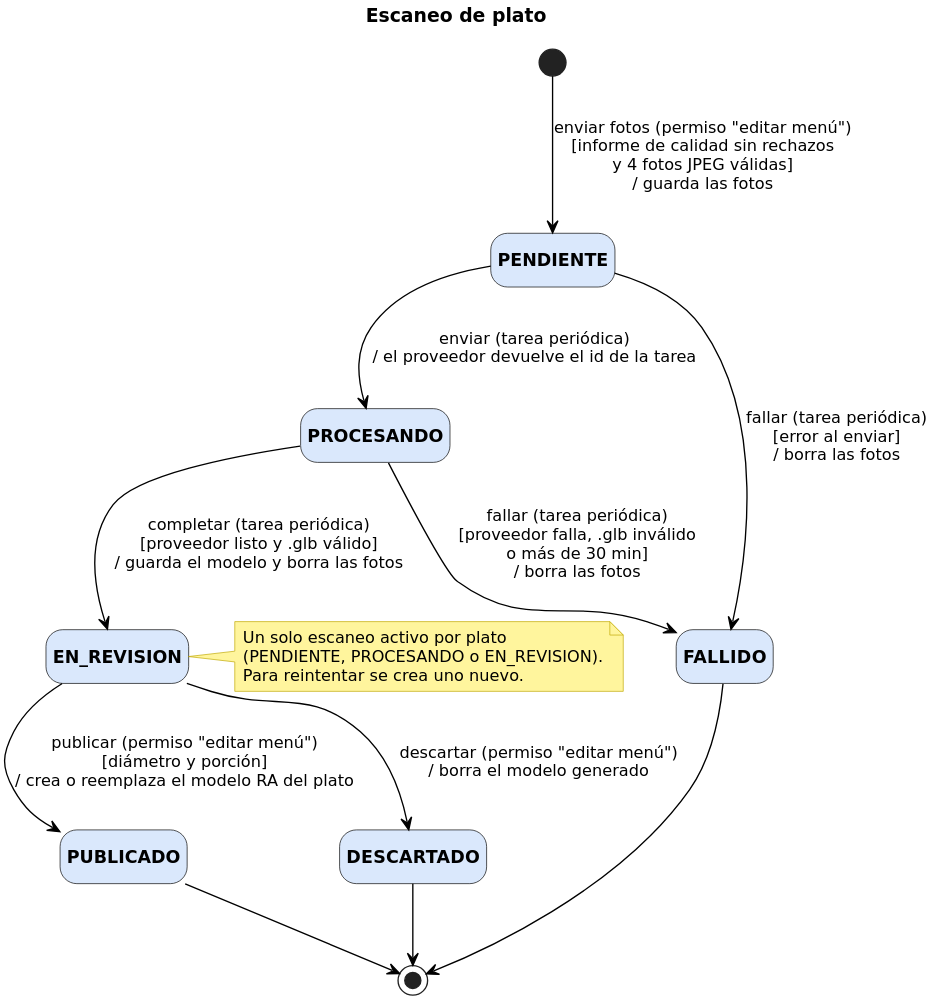
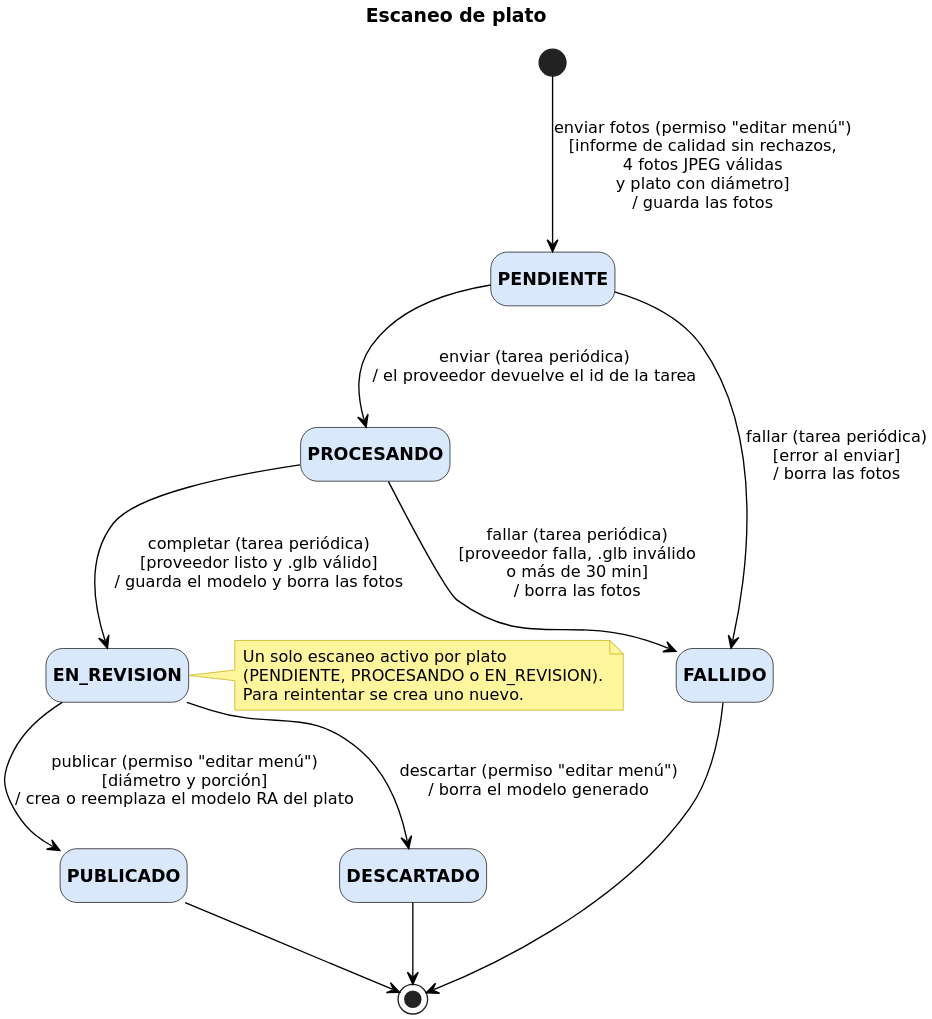
The diagram in docs/modelos/estado/escaneo-plato/v1/estado-escaneo-plato-v1.puml (GabrielLigresti/Emplace), drawn with PlantUML before and after one commit. The commit also changed 2 other files, not shown here.

Commit message:
Exigir el diámetro del plato en el diagrama de estado del escaneo

```diff
--- a/docs/modelos/estado/escaneo-plato/v1/estado-escaneo-plato-v1.puml
+++ b/docs/modelos/estado/escaneo-plato/v1/estado-escaneo-plato-v1.puml
@@ -1,45 +1,45 @@
 @startuml estado-escaneo-plato-v1
 ' Diagrama de estado (UML). Paleta alineada con CU y secuencias formato Vialia.
 ' Transiciones: evento (quién) [condición] / efecto
 skinparam dpi 300
 skinparam defaultFontName DejaVu Sans
 skinparam defaultFontSize 12
 skinparam shadowing false
 skinparam ArrowColor #000000
 skinparam state {
   BackgroundColor #DAE8FC
   BorderColor #000000
   FontSize 13
   FontStyle bold
   StartColor #000000
   EndColor #000000
 }
 skinparam note {
   BackgroundColor #FFF59D
   BorderColor #BFA800
 }
 hide empty description
 title Escaneo de plato
 
 state PENDIENTE
 state PROCESANDO
 state EN_REVISION
 state PUBLICADO
 state DESCARTADO
 state FALLIDO
-[*] --> PENDIENTE : enviar fotos (permiso "editar menú")\n[informe de calidad sin rechazos\ny 4 fotos JPEG válidas]\n/ guarda las fotos
+[*] --> PENDIENTE : enviar fotos (permiso "editar menú")\n[informe de calidad sin rechazos,\n4 fotos JPEG válidas\ny plato con diámetro]\n/ guarda las fotos
 PENDIENTE --> PROCESANDO : enviar (tarea periódica)\n/ el proveedor devuelve el id de la tarea
 PENDIENTE --> FALLIDO : fallar (tarea periódica)\n[error al enviar]\n/ borra las fotos
 PROCESANDO --> EN_REVISION : completar (tarea periódica)\n[proveedor listo y .glb válido]\n/ guarda el modelo y borra las fotos
 PROCESANDO --> FALLIDO : fallar (tarea periódica)\n[proveedor falla, .glb inválido\no más de 30 min]\n/ borra las fotos
 EN_REVISION --> PUBLICADO : publicar (permiso "editar menú")\n[diámetro y porción]\n/ crea o reemplaza el modelo RA del plato
 EN_REVISION --> DESCARTADO : descartar (permiso "editar menú")\n/ borra el modelo generado
 PUBLICADO --> [*]
 DESCARTADO --> [*]
 FALLIDO --> [*]
 note right of EN_REVISION
   Un solo escaneo activo por plato
   (PENDIENTE, PROCESANDO o EN_REVISION).
   Para reintentar se crea uno nuevo.
 end note
 @enduml
```
